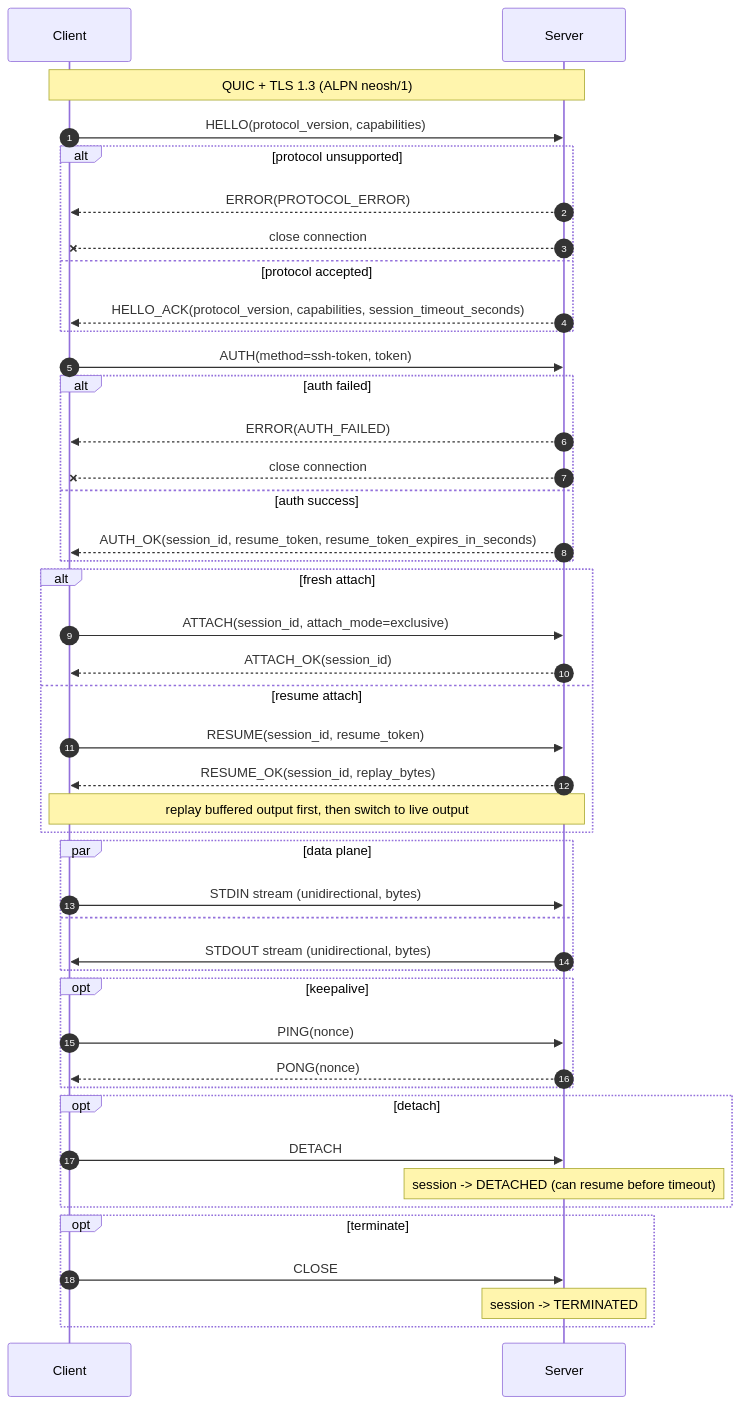
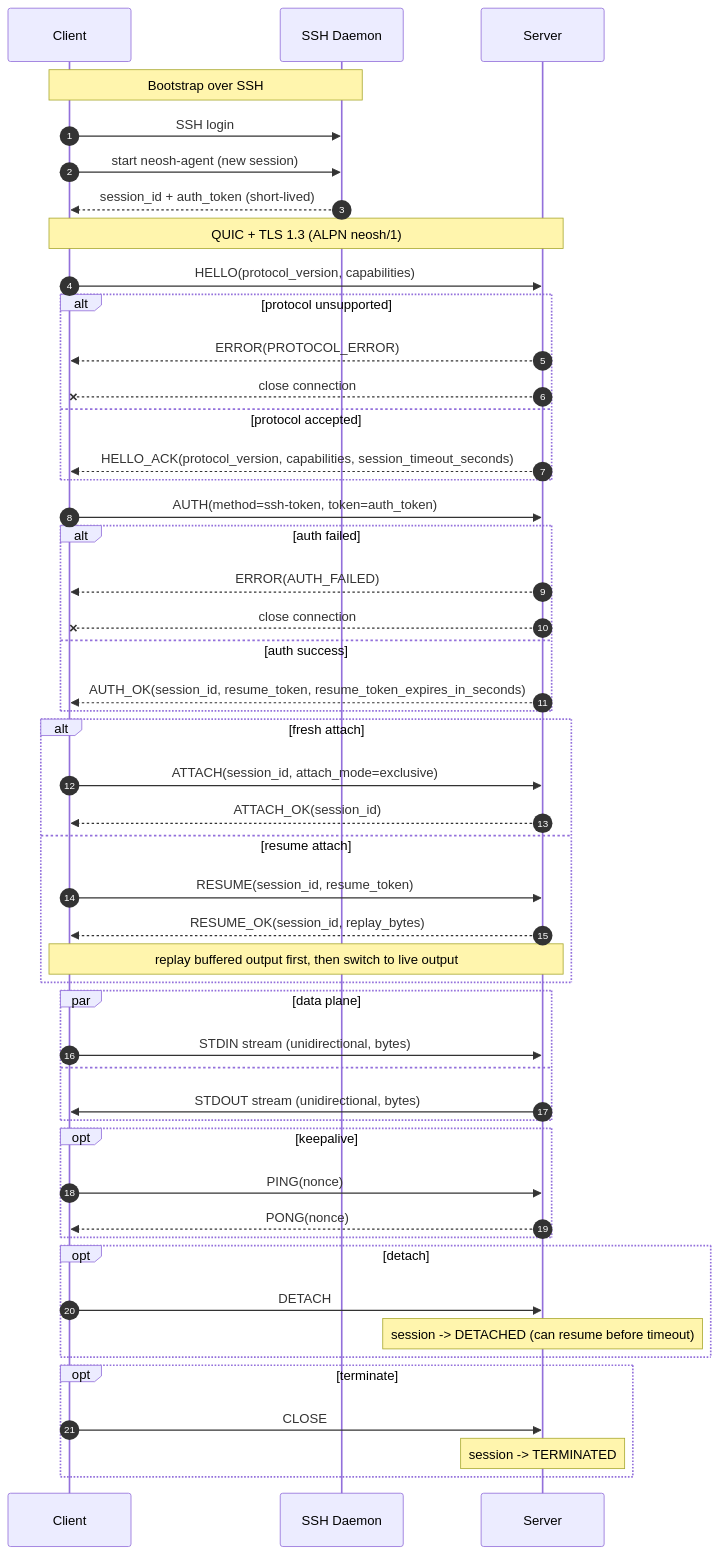
The diagram in README.md (plucury/neosh), drawn with Mermaid before and after one commit.

Commit message:
docs(readme): add ssh bootstrap token flow to sequence

````diff
--- a/README.md
+++ b/README.md
@@ -10,54 +10,60 @@
 ```mermaid
 sequenceDiagram
     autonumber
     participant C as Client
+    participant SSH as SSH Daemon
     participant S as Server
+
+    Note over C,SSH: Bootstrap over SSH
+    C->>SSH: SSH login
+    C->>SSH: start neosh-agent (new session)
+    SSH-->>C: session_id + auth_token (short-lived)
 
     Note over C,S: QUIC + TLS 1.3 (ALPN neosh/1)
 
     C->>S: HELLO(protocol_version, capabilities)
     alt protocol unsupported
         S-->>C: ERROR(PROTOCOL_ERROR)
         S--xC: close connection
     else protocol accepted
         S-->>C: HELLO_ACK(protocol_version, capabilities, session_timeout_seconds)
     end
 
-    C->>S: AUTH(method=ssh-token, token)
+    C->>S: AUTH(method=ssh-token, token=auth_token)
     alt auth failed
         S-->>C: ERROR(AUTH_FAILED)
         S--xC: close connection
     else auth success
         S-->>C: AUTH_OK(session_id, resume_token, resume_token_expires_in_seconds)
     end
 
     alt fresh attach
         C->>S: ATTACH(session_id, attach_mode=exclusive)
         S-->>C: ATTACH_OK(session_id)
     else resume attach
         C->>S: RESUME(session_id, resume_token)
         S-->>C: RESUME_OK(session_id, replay_bytes)
         Note over S,C: replay buffered output first, then switch to live output
     end
 
     par data plane
         C->>S: STDIN stream (unidirectional, bytes)
     and
         S->>C: STDOUT stream (unidirectional, bytes)
     end
 
     opt keepalive
         C->>S: PING(nonce)
         S-->>C: PONG(nonce)
     end
 
     opt detach
         C->>S: DETACH
         Note over S: session -> DETACHED (can resume before timeout)
     end
 
     opt terminate
         C->>S: CLOSE
         Note over S: session -> TERMINATED
     end
 ```
````
